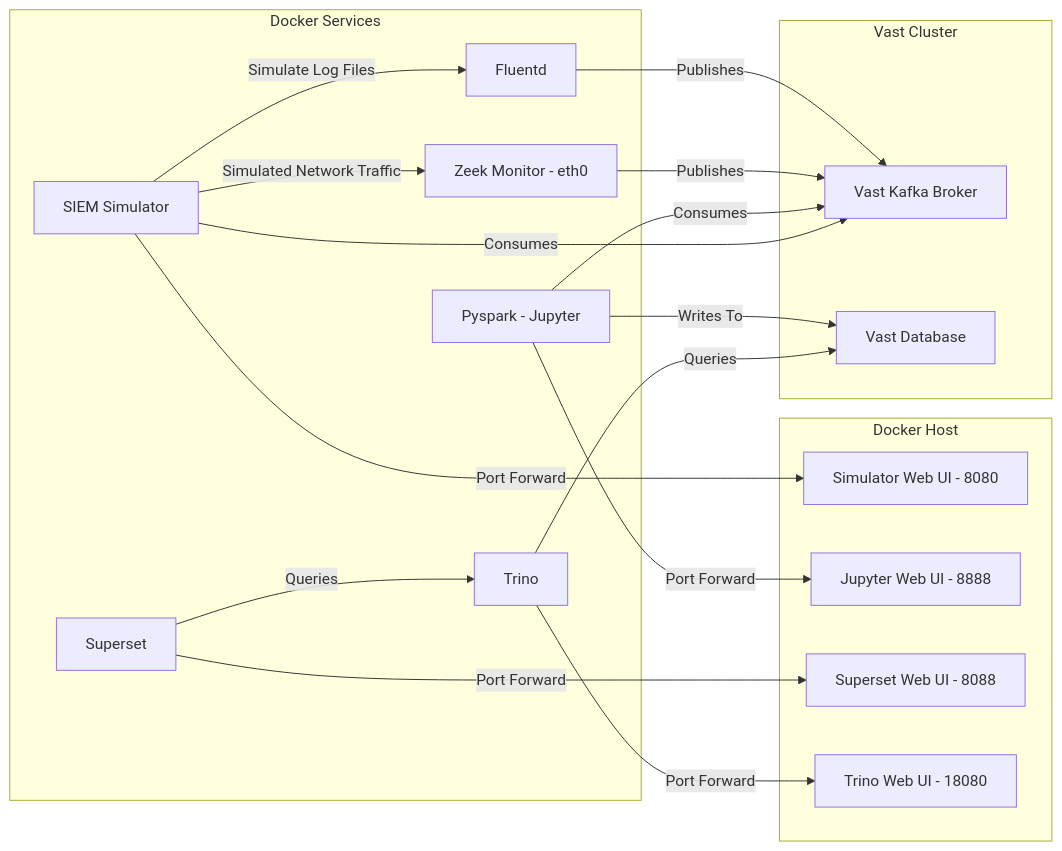
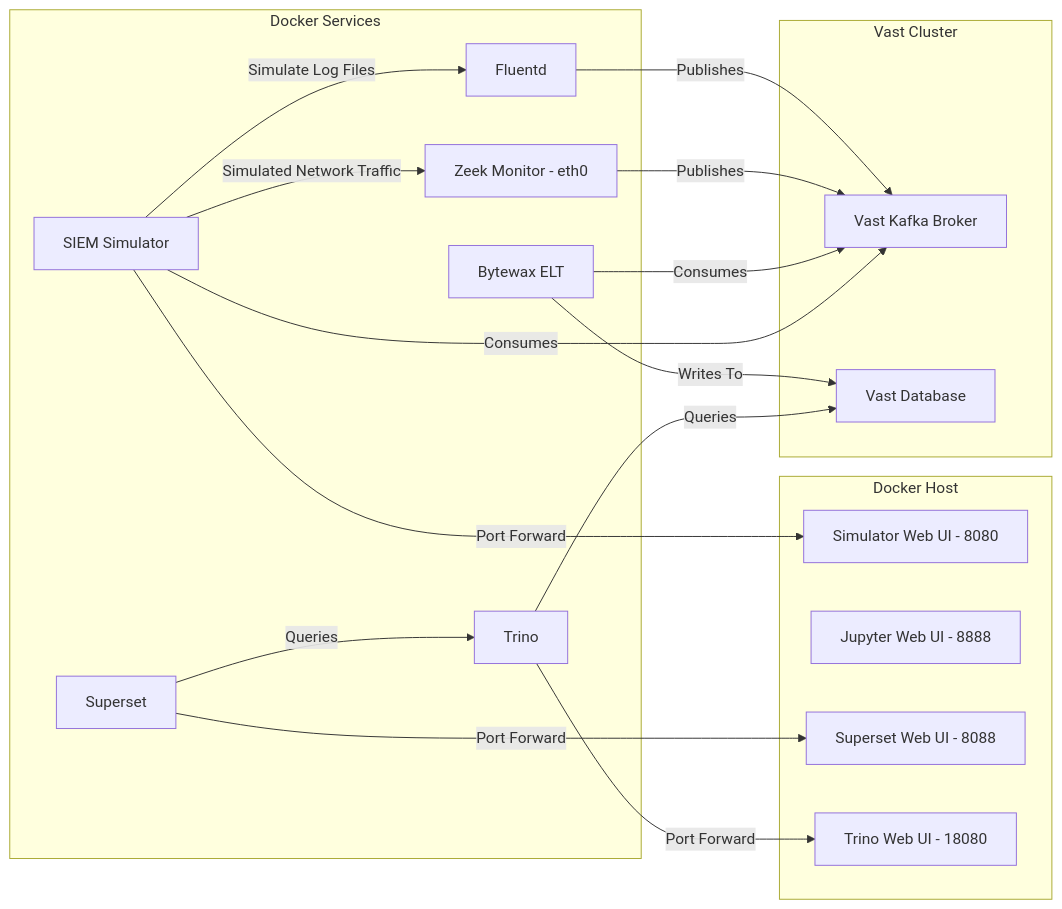
The diagram in README.md (snowch/vastdata_siem_demo), drawn with Mermaid before and after one commit. The commit also changed other lines of this file, not shown here.

````diff
--- a/README.md
+++ b/README.md
@@ -17,39 +17,38 @@
 ```mermaid
 graph LR
     subgraph "Docker Services"
         Z[Zeek Monitor - eth0]
         S[SIEM Simulator]
         F[Fluentd]
-        J[Pyspark - Jupyter]
+        J[Bytewax ELT]
         T[Trino]
         AS[Superset]
 
         S -- Simulate Log Files --> F
         S -- Simulated Network Traffic --> Z
         AS -- Queries --> T
     end
 
     subgraph "Docker Host"
         SW[Simulator Web UI - 8080]
         JW[Jupyter Web UI - 8888]
         ASW[Superset Web UI - 8088]
         TW[Trino Web UI - 18080]
     end
 
     subgraph "Vast Cluster"
         K[Vast Kafka Broker]
         VDB[Vast Database]
     end
 
     S -- Port Forward --> SW
-    J -- Port Forward --> JW
     AS -- Port Forward --> ASW
     T -- Port Forward --> TW
 
     F -- Publishes --> K
     Z -- Publishes --> K
     J -- Consumes --> K
     S -- Consumes --> K
     J -- Writes To --> VDB
     T -- Queries --> VDB
 ```
````
